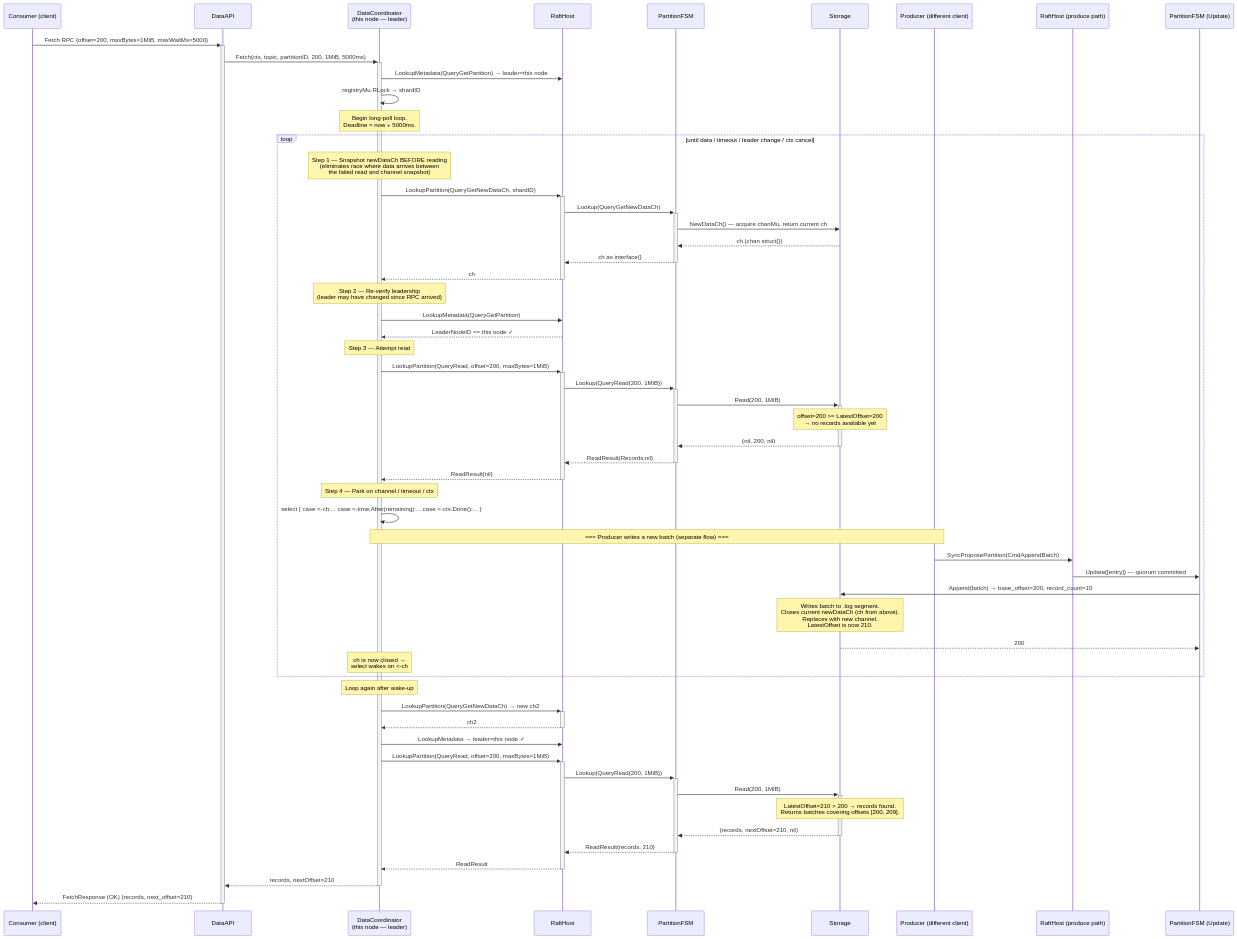
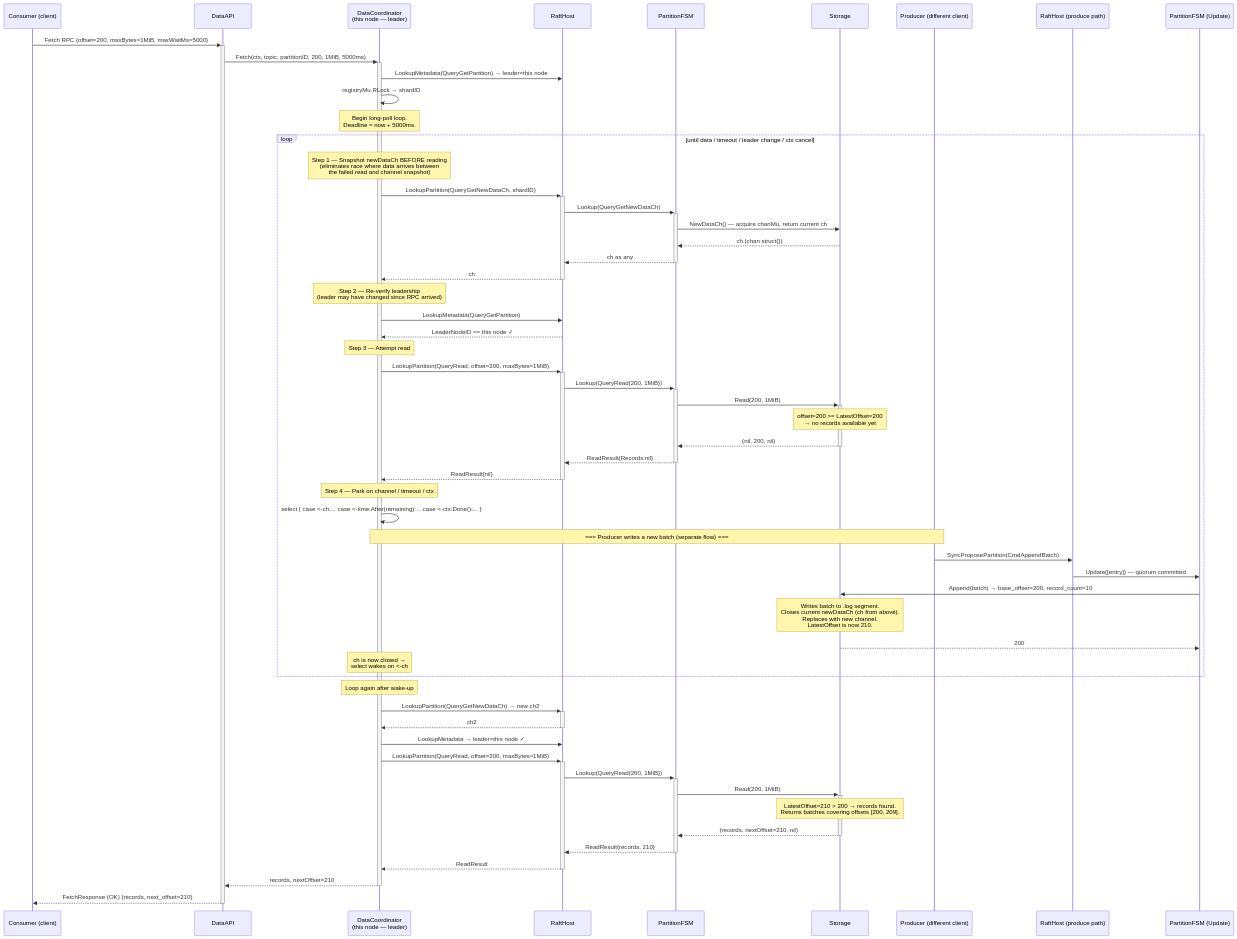
One commit to bunnymq/bunnymq changed the first of 3 diagrams in docs/design/sequence/consumer-fetch-empty-wait.md. Above: the diagram before and after it, drawn with Mermaid. The commit also changed 27 other files, not shown here.

````diff
--- a/docs/design/sequence/consumer-fetch-empty-wait.md
+++ b/docs/design/sequence/consumer-fetch-empty-wait.md
@@ -5,77 +5,77 @@
 ```mermaid
 sequenceDiagram
     participant C as Consumer (client)
     participant DAPI as DataAPI
     participant DC as DataCoordinator<br/>(this node — leader)
     participant RH as RaftHost
     participant PFSM as PartitionFSM
     participant STR as Storage
 
     participant P as Producer (different client)
     participant RHp as RaftHost (produce path)
     participant PFSMw as PartitionFSM (Update)
 
     C->>+DAPI: Fetch RPC {offset=200, maxBytes=1MiB, maxWaitMs=5000}
     DAPI->>+DC: Fetch(ctx, topic, partitionID, 200, 1MiB, 5000ms)
 
     DC->>RH: LookupMetadata(QueryGetPartition) → leader=this node
     DC->>DC: registryMu.RLock → shardID
 
     Note over DC: Begin long-poll loop.<br/>Deadline = now + 5000ms.
 
     loop until data / timeout / leader change / ctx cancel
         Note over DC: Step 1 — Snapshot newDataCh BEFORE reading<br/>(eliminates race where data arrives between<br/>the failed read and channel snapshot)
 
         DC->>+RH: LookupPartition(QueryGetNewDataCh, shardID)
         RH->>+PFSM: Lookup(QueryGetNewDataCh)
         PFSM->>STR: NewDataCh() — acquire chanMu, return current ch
         STR-->>PFSM: ch (chan struct{})
-        PFSM-->>-RH: ch as interface{}
+        PFSM-->>-RH: ch as any
         RH-->>-DC: ch
 
         Note over DC: Step 2 — Re-verify leadership<br/>(leader may have changed since RPC arrived)
         DC->>RH: LookupMetadata(QueryGetPartition)
         RH-->>DC: LeaderNodeID == this node ✓
 
         Note over DC: Step 3 — Attempt read
         DC->>+RH: LookupPartition(QueryRead, offset=200, maxBytes=1MiB)
         RH->>+PFSM: Lookup(QueryRead{200, 1MiB})
         PFSM->>+STR: Read(200, 1MiB)
         Note over STR: offset=200 >= LatestOffset=200<br/>→ no records available yet
         STR-->>-PFSM: (nil, 200, nil)
         PFSM-->>-RH: ReadResult{Records:nil}
         RH-->>-DC: ReadResult{nil}
 
         Note over DC: Step 4 — Park on channel / timeout / ctx
 
         DC->>DC: select { case <-ch:... case <-time.After(remaining):... case <-ctx.Done():... }
 
         Note over DC,P: === Producer writes a new batch (separate flow) ===
 
         P->>RHp: SyncProposePartition(CmdAppendBatch)
         RHp->>PFSMw: Update([entry]) — quorum committed
         PFSMw->>STR: Append(batch) → base_offset=200, record_count=10
         Note over STR: Writes batch to .log segment.<br/>Closes current newDataCh (ch from above).<br/>Replaces with new channel.<br/>LatestOffset is now 210.
         STR-->>PFSMw: 200
 
         Note over DC: ch is now closed →<br/>select wakes on <-ch
     end
 
     Note over DC: Loop again after wake-up
 
     DC->>+RH: LookupPartition(QueryGetNewDataCh) → new ch2
     RH-->>-DC: ch2
 
     DC->>RH: LookupMetadata → leader=this node ✓
 
     DC->>+RH: LookupPartition(QueryRead, offset=200, maxBytes=1MiB)
     RH->>+PFSM: Lookup(QueryRead{200, 1MiB})
     PFSM->>+STR: Read(200, 1MiB)
     Note over STR: LatestOffset=210 > 200 → records found.<br/>Returns batches covering offsets [200, 209].
     STR-->>-PFSM: (records, nextOffset=210, nil)
     PFSM-->>-RH: ReadResult{records, 210}
     RH-->>-DC: ReadResult
 
     DC-->>-DAPI: records, nextOffset=210
     DAPI-->>-C: FetchResponse (OK) {records, next_offset=210}
 ```
````
